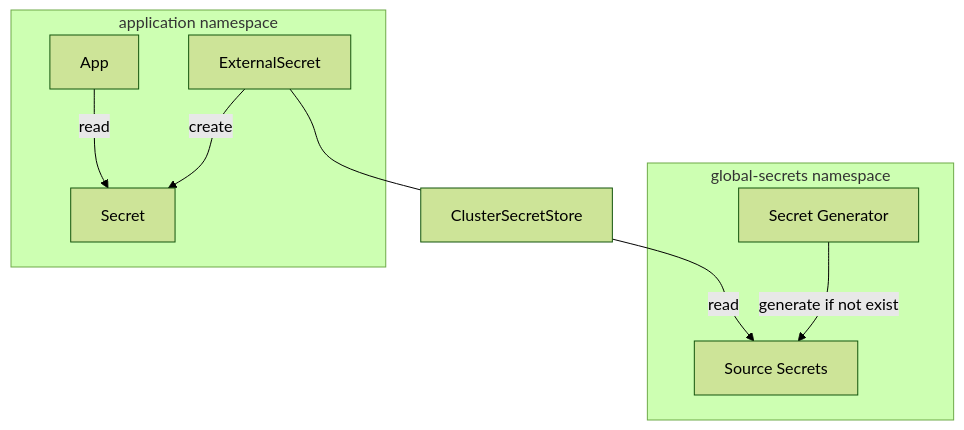
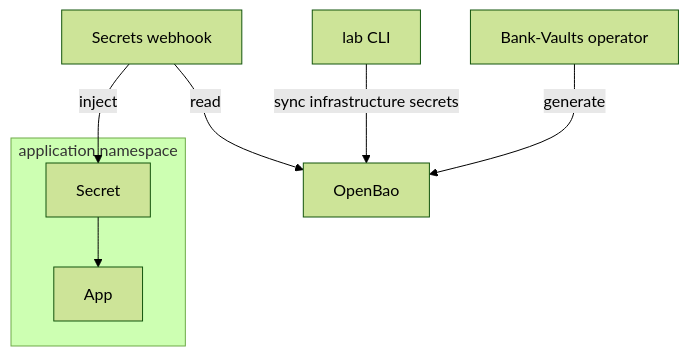
Before and after one commit to khuedoan/homelab: the diagram in docs/concepts/secrets-management.md, drawn with Mermaid (forest theme). The commit also changed other lines of this file, not shown here.

Commit message:
docs: update secrets management overview

````diff
--- a/docs/concepts/secrets-management.md
+++ b/docs/concepts/secrets-management.md
@@ -17,14 +9,12 @@
 ```mermaid
 flowchart TD
-  subgraph global-secrets-namespace[global-secrets namespace]
-    secret-generator[Secret Generator] -- generate if not exist --> source-secrets[Source Secrets]
+  operator[Bank-Vaults operator] -- generate --> OpenBao
+  lab[lab CLI] -- sync infrastructure secrets --> OpenBao
+  webhook[Secrets webhook] -- read --> OpenBao
+
+  subgraph app-namespace[application namespace]
+    Secret --> App
   end
 
-  subgraph app-namespace[application namespace]
-    ExternalSecret -- create --> Secret
-    App -- read --> Secret
-  end
-
-  ClusterSecretStore -- read --> source-secrets
-  ExternalSecret --- ClusterSecretStore
+  webhook -- inject --> Secret
 ```
````
